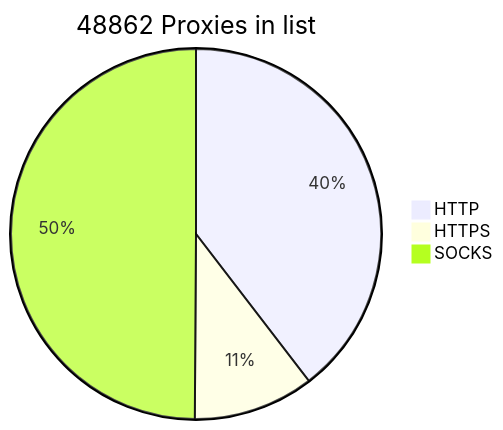
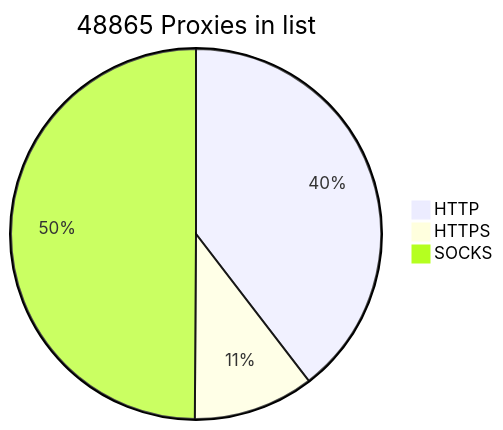
The diagram in README.md (BlackSnowDot/proxylist-update-every-minute), drawn with Mermaid before and after one commit.

````diff
--- a/README.md
+++ b/README.md
@@ -2,6 +2,6 @@
 ```mermaid
-pie title 48862 Proxies in list
-    "HTTP" : 21318
-    "HTTPS": 5671
-    "SOCKS" : 26879
+pie title 48865 Proxies in list
+    "HTTP" : 21320
+    "HTTPS": 5670
+    "SOCKS" : 26881
 ```
````
